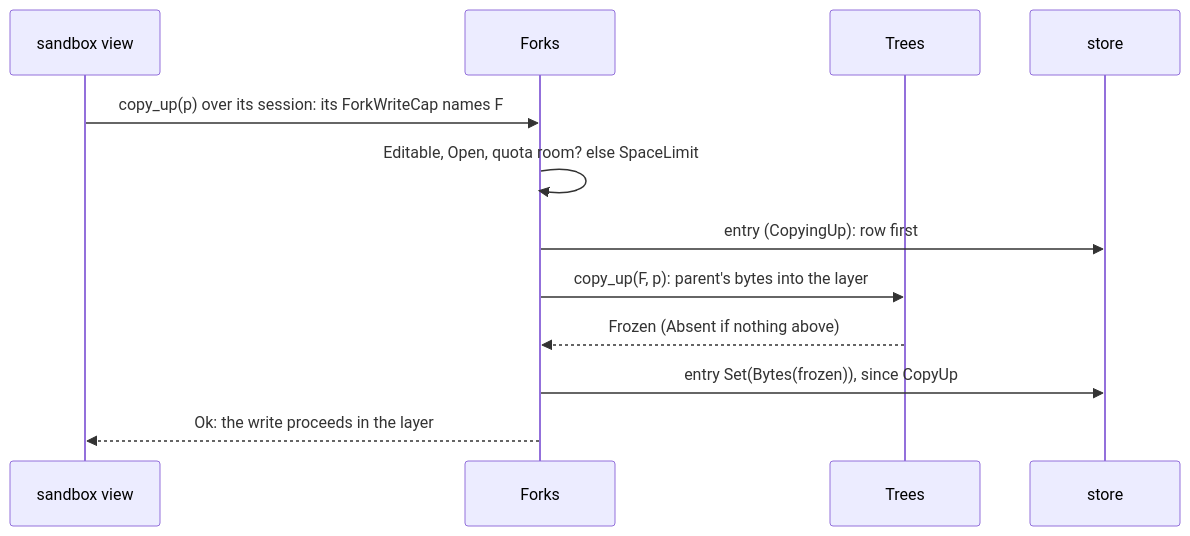
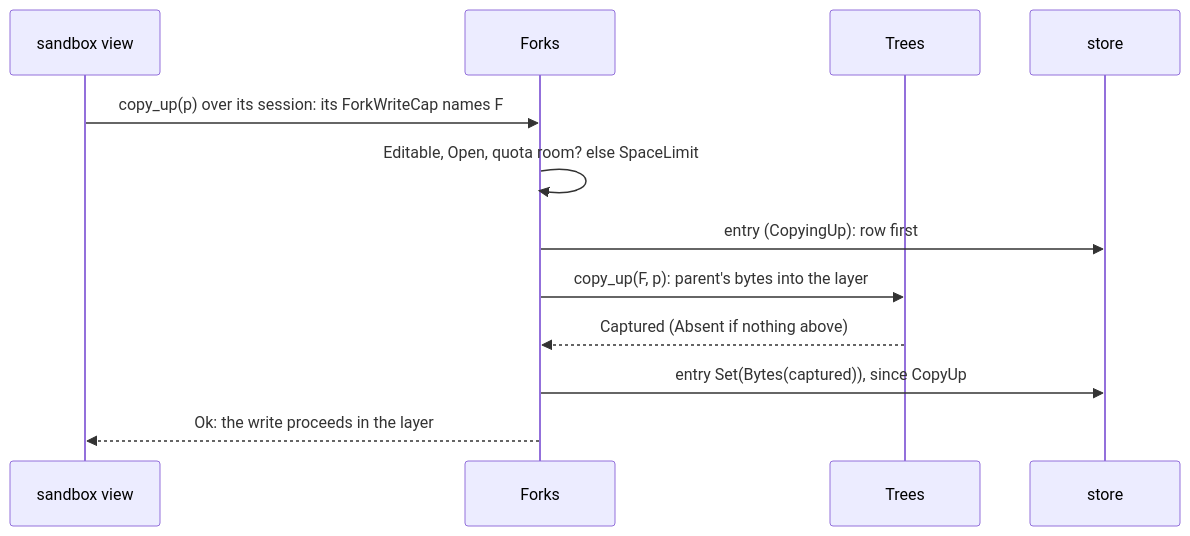
The second of 4 diagrams in docs/target-architecture/domains/forks.md (mcurcio/agentfs), drawn with Mermaid before and after one commit. The commit also changed other lines of this file and 13 other files, not shown here.

````diff
--- a/docs/target-architecture/domains/forks.md
+++ b/docs/target-architecture/domains/forks.md
@@ -210,14 +210,14 @@
 ```mermaid
 sequenceDiagram
   participant V as sandbox view
   participant F as Forks
   participant T as Trees
   participant S as store
   V->>F: copy_up(p) over its session: its ForkWriteCap names F
   F->>F: Editable, Open, quota room? else SpaceLimit
   F->>S: entry (CopyingUp): row first
   F->>T: copy_up(F, p): parent's bytes into the layer
-  T-->>F: Frozen (Absent if nothing above)
-  F->>S: entry Set(Bytes(frozen)), since CopyUp
+  T-->>F: Captured (Absent if nothing above)
+  F->>S: entry Set(Bytes(captured)), since CopyUp
   F-->>V: Ok: the write proceeds in the layer
 ```
````
